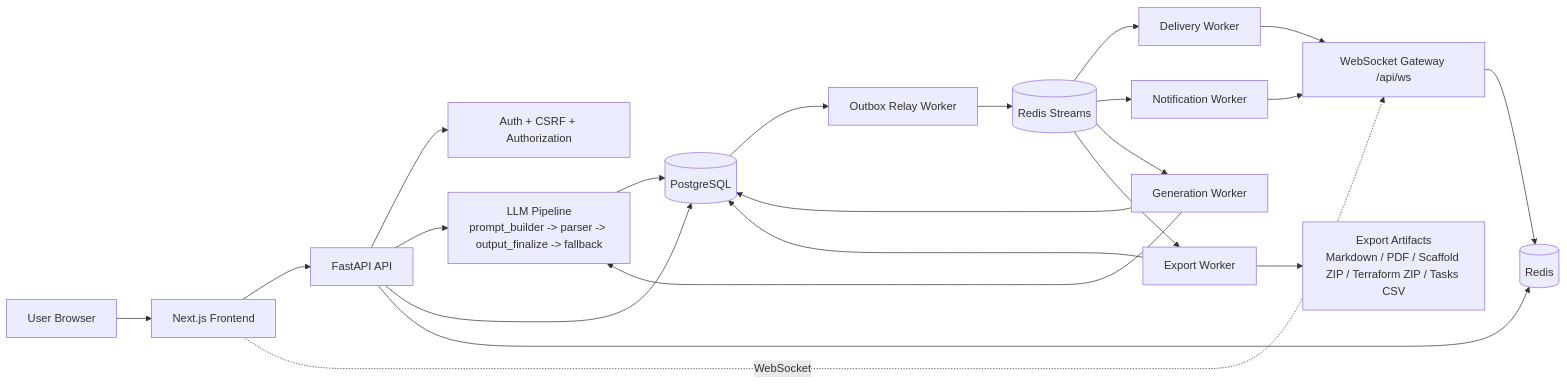
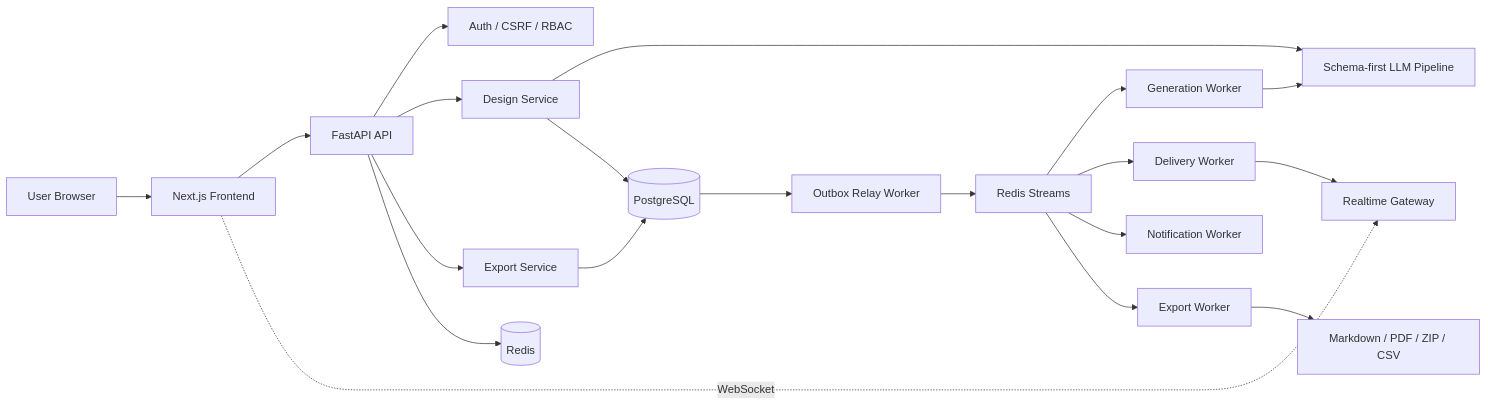
One commit to ardamoustafa1/SystemForge-AI changed the diagram in README.md. Above: the diagram before and after it, drawn with Mermaid. The commit also changed other lines of this file, not shown here.

````diff
--- a/README.md
+++ b/README.md
@@ -150,29 +95,25 @@
 ```mermaid
 flowchart LR
-    U[User Browser] --> F[Next.js Frontend]
-    F --> A[FastAPI API]
-    F -. WebSocket .-> WS[WebSocket Gateway /api/ws]
+    User["User Browser"] --> Frontend["Next.js Frontend"]
+    Frontend --> API["FastAPI API"]
+    Frontend -. "WebSocket" .-> WS["Realtime Gateway"]
 
-    A --> AUTH[Auth + CSRF + Authorization]
-    A --> LLM[LLM Pipeline<br/>prompt_builder -> parser -> output_finalize -> fallback]
-    A --> DB[(PostgreSQL)]
-    A --> R[(Redis)]
+    API --> Auth["Auth / CSRF / RBAC"]
+    API --> Design["Design Service"]
+    API --> Export["Export Service"]
+    Design --> LLM["Schema-first LLM Pipeline"]
+    Design --> DB[("PostgreSQL")]
+    Export --> DB
+    API --> Redis[("Redis")]
 
-    LLM --> DB
-    WS --> R
+    DB --> Outbox["Outbox Relay Worker"]
+    Outbox --> Streams["Redis Streams"]
+    Streams --> Generation["Generation Worker"]
+    Streams --> Delivery["Delivery Worker"]
+    Streams --> Notification["Notification Worker"]
+    Streams --> ExportWorker["Export Worker"]
 
-    DB --> OX[Outbox Relay Worker]
-    OX --> RS[(Redis Streams)]
-    RS --> DW[Delivery Worker]
-    RS --> NW[Notification Worker]
-    RS --> GW[Generation Worker]
-    RS --> EW[Export Worker]
-
-    GW --> LLM
-    GW --> DB
-    EW --> DB
-    EW --> X[Export Artifacts<br/>Markdown / PDF / Scaffold ZIP / Terraform ZIP / Tasks CSV]
-
-    DW --> WS
-    NW --> WS
+    Generation --> LLM
+    Delivery --> WS
+    ExportWorker --> Artifacts["Markdown / PDF / ZIP / CSV"]
 ```
````
